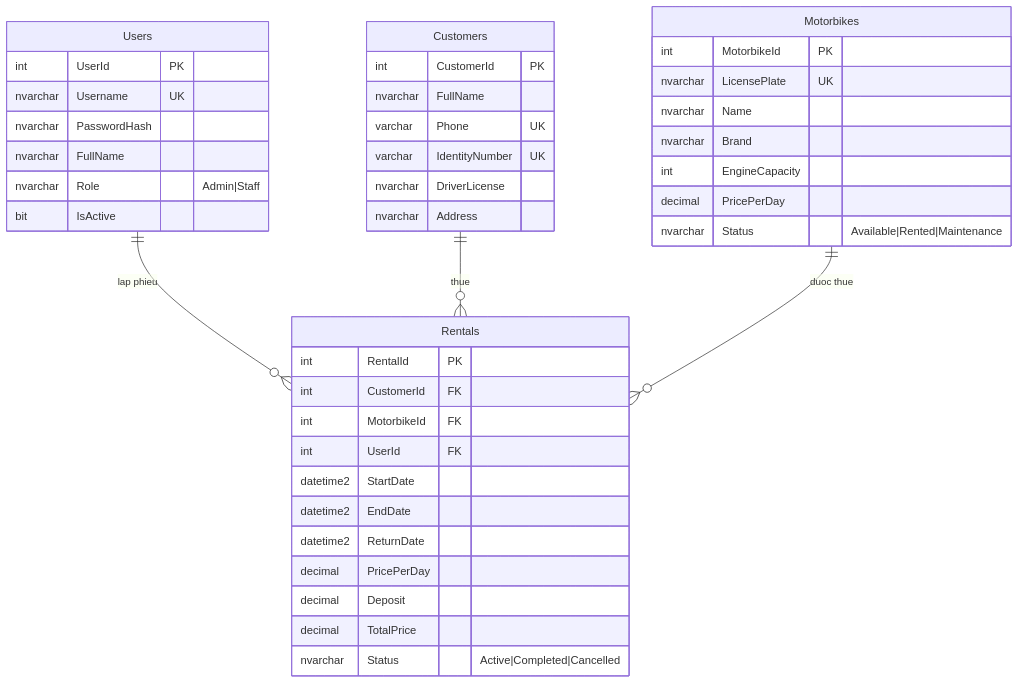
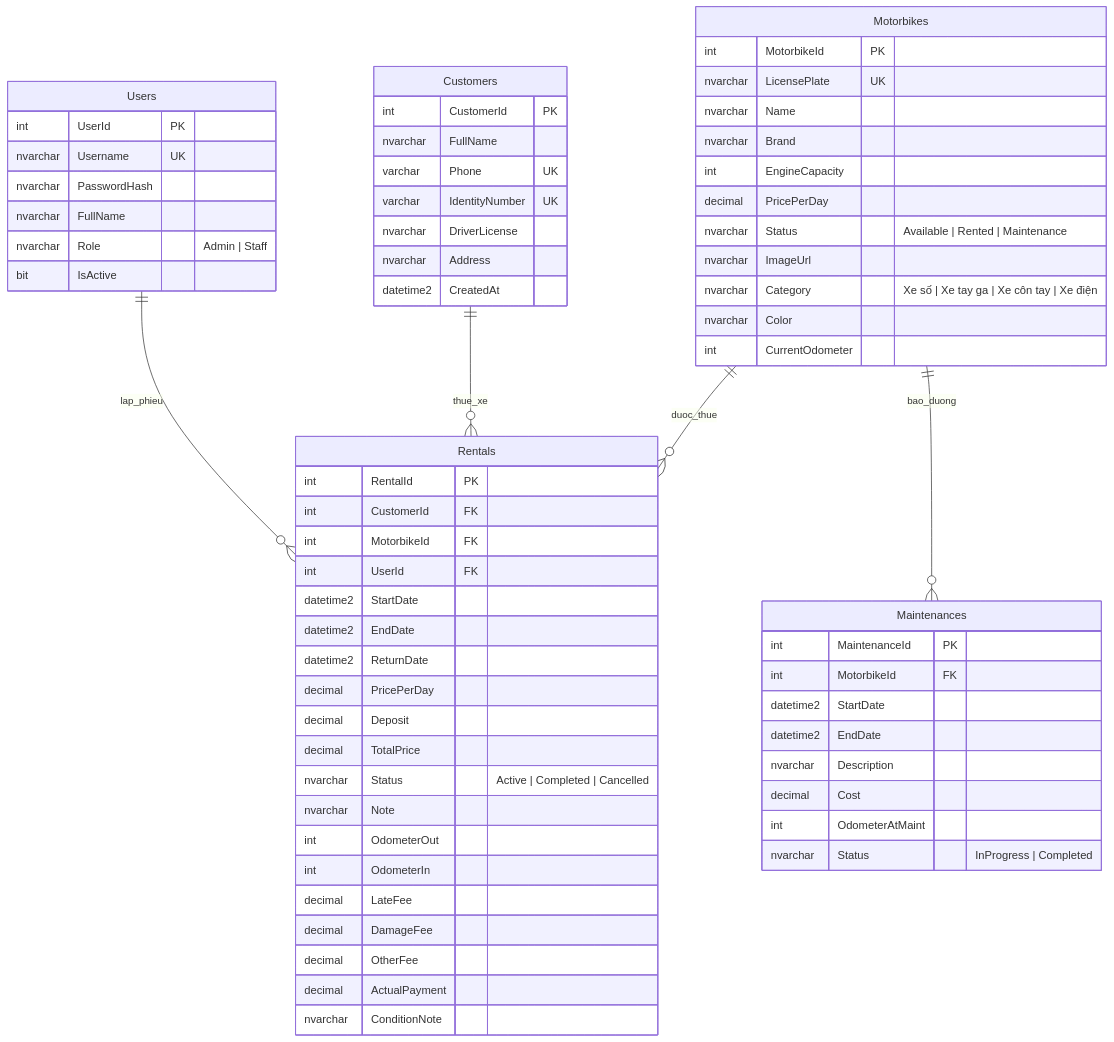
One commit to ltson249/MotorRental-PRN changed the diagram in Docs/TaiLieu_PhanTich_ThietKe.md. Above: the diagram before and after it, drawn with Mermaid. The commit also changed other lines of this file and 73 other files, not shown here.

````diff
--- a/Docs/TaiLieu_PhanTich_ThietKe.md
+++ b/Docs/TaiLieu_PhanTich_ThietKe.md
@@ -41,36 +57,73 @@
 ```mermaid
 erDiagram
-    Users ||--o{ Rentals : "lap phieu"
-    Customers ||--o{ Rentals : "thue"
-    Motorbikes ||--o{ Rentals : "duoc thue"
-    Users { int UserId PK
-            nvarchar Username UK
-            nvarchar PasswordHash
-            nvarchar FullName
-            nvarchar Role "Admin|Staff"
-            bit IsActive }
-    Customers { int CustomerId PK
-            nvarchar FullName
-            varchar Phone UK
-            varchar IdentityNumber UK
-            nvarchar DriverLicense
-            nvarchar Address }
-    Motorbikes { int MotorbikeId PK
-            nvarchar LicensePlate UK
-            nvarchar Name
-            nvarchar Brand
-            int EngineCapacity
-            decimal PricePerDay
-            nvarchar Status "Available|Rented|Maintenance" }
-    Rentals { int RentalId PK
-            int CustomerId FK
-            int MotorbikeId FK
-            int UserId FK
-            datetime2 StartDate
-            datetime2 EndDate
-            datetime2 ReturnDate
-            decimal PricePerDay
-            decimal Deposit
-            decimal TotalPrice
-            nvarchar Status "Active|Completed|Cancelled" }
+    Users ||--o{ Rentals : "lap_phieu"
+    Customers ||--o{ Rentals : "thue_xe"
+    Motorbikes ||--o{ Rentals : "duoc_thue"
+    Motorbikes ||--o{ Maintenances : "bao_duong"
+
+    Users {
+        int UserId PK
+        nvarchar Username UK
+        nvarchar PasswordHash
+        nvarchar FullName
+        nvarchar Role "Admin | Staff"
+        bit IsActive
+    }
+
+    Customers {
+        int CustomerId PK
+        nvarchar FullName
+        varchar Phone UK
+        varchar IdentityNumber UK
+        nvarchar DriverLicense
+        nvarchar Address
+        datetime2 CreatedAt
+    }
+
+    Motorbikes {
+        int MotorbikeId PK
+        nvarchar LicensePlate UK
+        nvarchar Name
+        nvarchar Brand
+        int EngineCapacity
+        decimal PricePerDay
+        nvarchar Status "Available | Rented | Maintenance"
+        nvarchar ImageUrl
+        nvarchar Category "Xe số | Xe tay ga | Xe côn tay | Xe điện"
+        nvarchar Color
+        int CurrentOdometer
+    }
+
+    Rentals {
+        int RentalId PK
+        int CustomerId FK
+        int MotorbikeId FK
+        int UserId FK
+        datetime2 StartDate
+        datetime2 EndDate
+        datetime2 ReturnDate
+        decimal PricePerDay
+        decimal Deposit
+        decimal TotalPrice
+        nvarchar Status "Active | Completed | Cancelled"
+        nvarchar Note
+        int OdometerOut
+        int OdometerIn
+        decimal LateFee
+        decimal DamageFee
+        decimal OtherFee
+        decimal ActualPayment
+        nvarchar ConditionNote
+    }
+
+    Maintenances {
+        int MaintenanceId PK
+        int MotorbikeId FK
+        datetime2 StartDate
+        datetime2 EndDate
+        nvarchar Description
+        decimal Cost
+        int OdometerAtMaint
+        nvarchar Status "InProgress | Completed"
+    }
 ```
````
